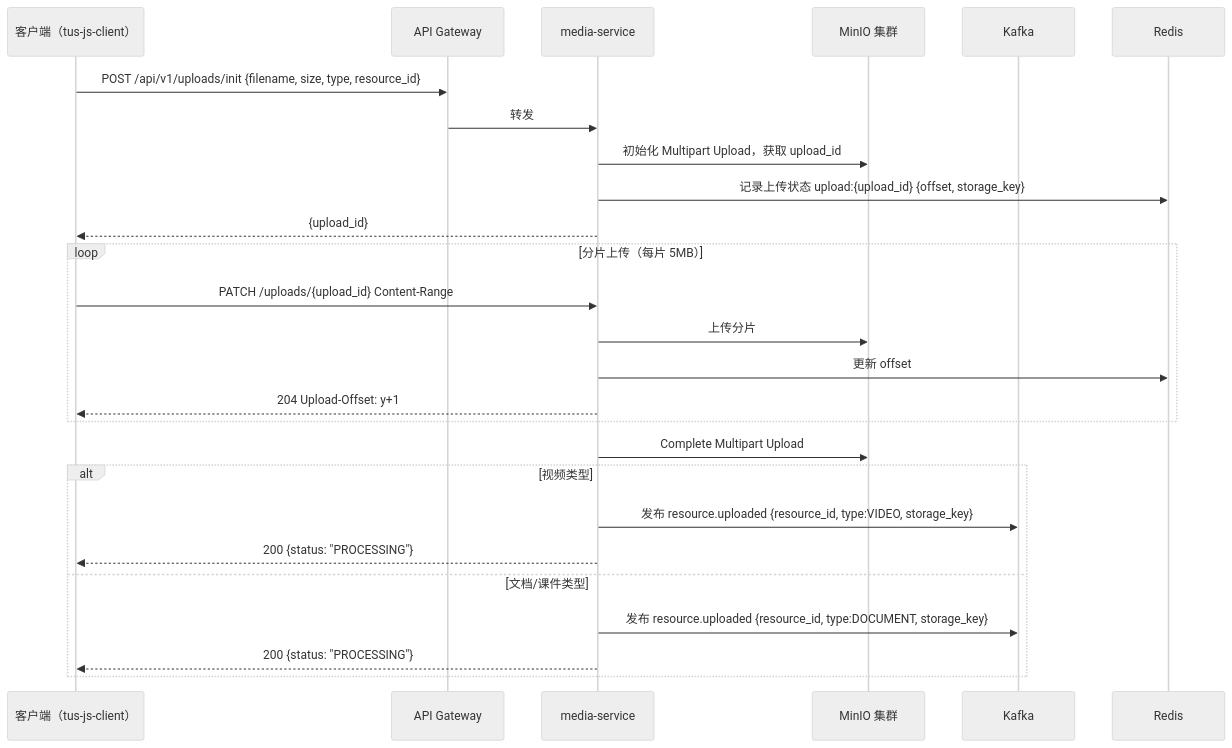
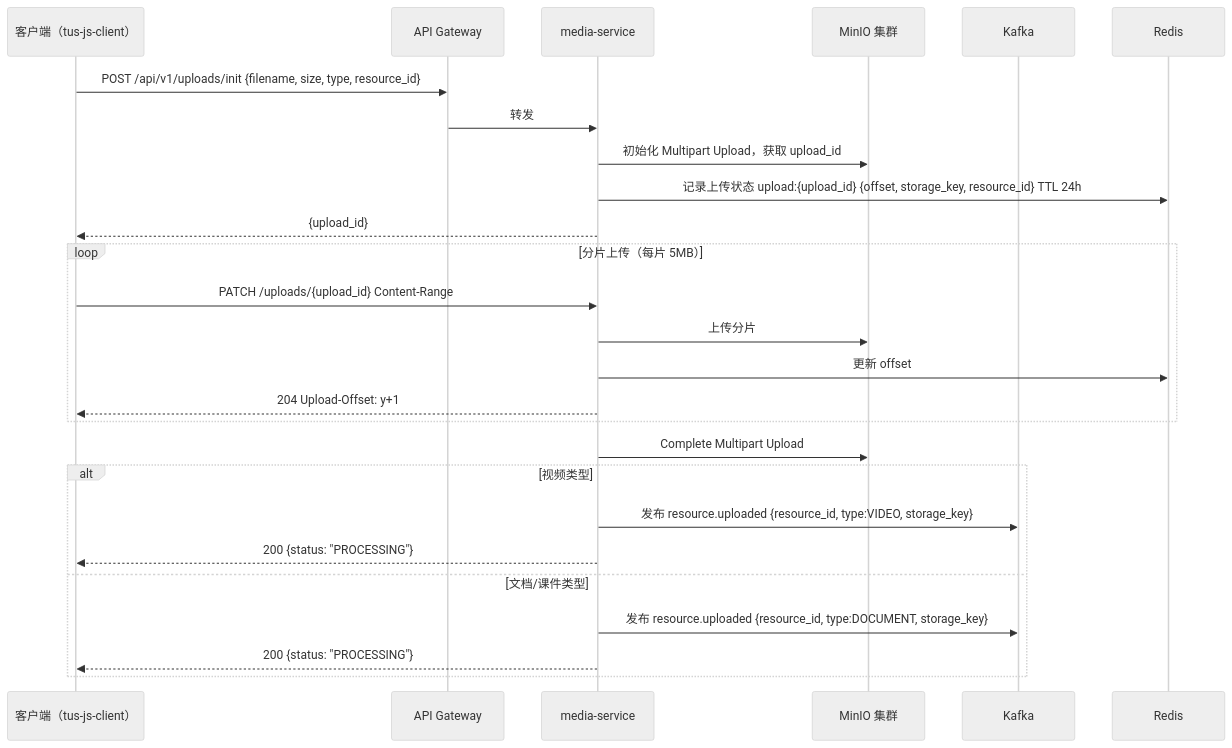
One commit to xice-1201/CloudTeachingAI changed diagram 11 of 22 in docs/design/SDD-CloudTeachingAI.md. Above: the diagram before and after it, drawn with Mermaid (neutral theme). The commit also changed other lines of this file, not shown here.

````diff
--- a/docs/design/SDD-CloudTeachingAI.md
+++ b/docs/design/SDD-CloudTeachingAI.md
@@ -789,30 +865,30 @@
 ```mermaid
 sequenceDiagram
     participant C as 客户端（tus-js-client）
     participant GW as API Gateway
     participant Media as media-service
     participant MinIO as MinIO 集群
     participant Kafka as Kafka
 
     C->>GW: POST /api/v1/uploads/init {filename, size, type, resource_id}
     GW->>Media: 转发
     Media->>MinIO: 初始化 Multipart Upload，获取 upload_id
-    Media->>Redis: 记录上传状态 upload:{upload_id} {offset, storage_key}
+    Media->>Redis: 记录上传状态 upload:{upload_id} {offset, storage_key, resource_id} TTL 24h
     Media-->>C: {upload_id}
 
     loop 分片上传（每片 5MB）
         C->>Media: PATCH /uploads/{upload_id} Content-Range
         Media->>MinIO: 上传分片
         Media->>Redis: 更新 offset
         Media-->>C: 204 Upload-Offset: y+1
     end
 
     Media->>MinIO: Complete Multipart Upload
     alt 视频类型
         Media->>Kafka: 发布 resource.uploaded {resource_id, type:VIDEO, storage_key}
         Media-->>C: 200 {status: "PROCESSING"}
     else 文档/课件类型
         Media->>Kafka: 发布 resource.uploaded {resource_id, type:DOCUMENT, storage_key}
         Media-->>C: 200 {status: "PROCESSING"}
     end
 ```
````
